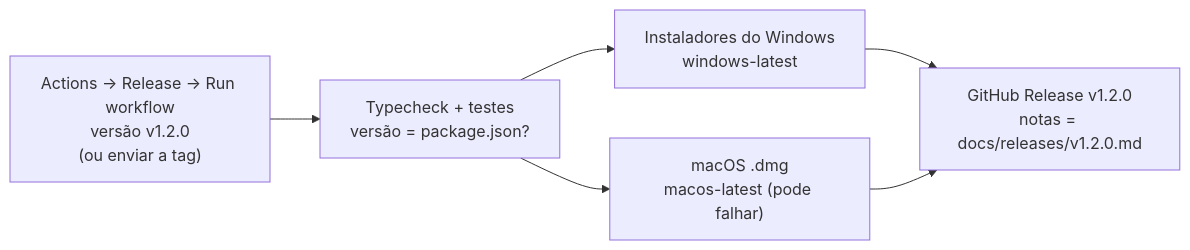
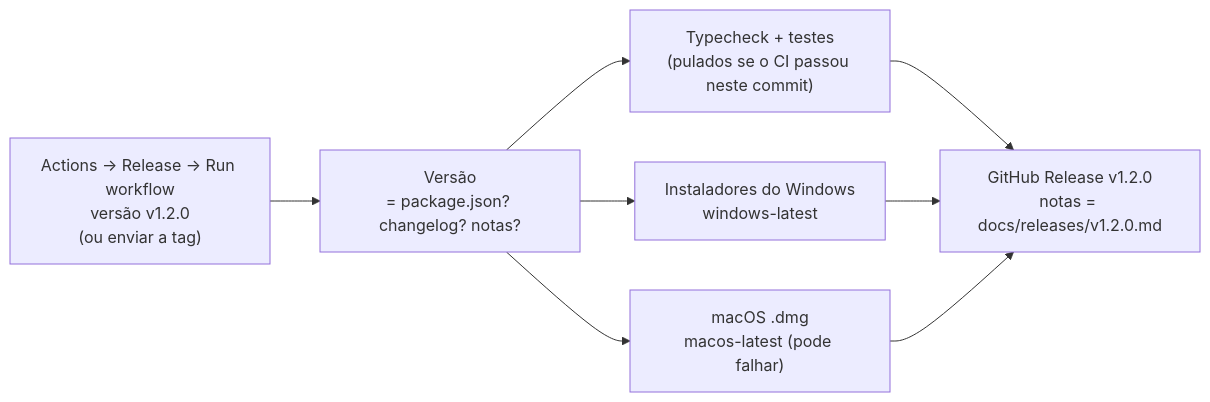
One commit to nsfxu/lan-screenshare changed the second of 2 diagrams in docs/pt-BR/development.md. Above: the diagram before and after it, drawn with Mermaid. The commit also changed other lines of this file and 8 other files, not shown here.

````diff
--- a/docs/pt-BR/development.md
+++ b/docs/pt-BR/development.md
@@ -213,8 +213,10 @@
 ```mermaid
 flowchart LR
-  S["Actions → Release → Run workflow<br/>versão v1.2.0<br/>(ou enviar a tag)"] --> C["Typecheck + testes<br/>versão = package.json?"]
-  C --> W["Instaladores do Windows<br/>windows-latest"]
-  C --> M["macOS .dmg<br/>macos-latest (pode falhar)"]
-  W --> R["GitHub Release v1.2.0<br/>notas = docs/releases/v1.2.0.md"]
+  S["Actions → Release → Run workflow<br/>versão v1.2.0<br/>(ou enviar a tag)"] --> V["Versão<br/>= package.json? changelog? notas?"]
+  V --> C["Typecheck + testes<br/>(pulados se o CI passou neste commit)"]
+  V --> W["Instaladores do Windows<br/>windows-latest"]
+  V --> M["macOS .dmg<br/>macos-latest (pode falhar)"]
+  C --> R["GitHub Release v1.2.0<br/>notas = docs/releases/v1.2.0.md"]
+  W --> R
   M --> R
 ```
````
